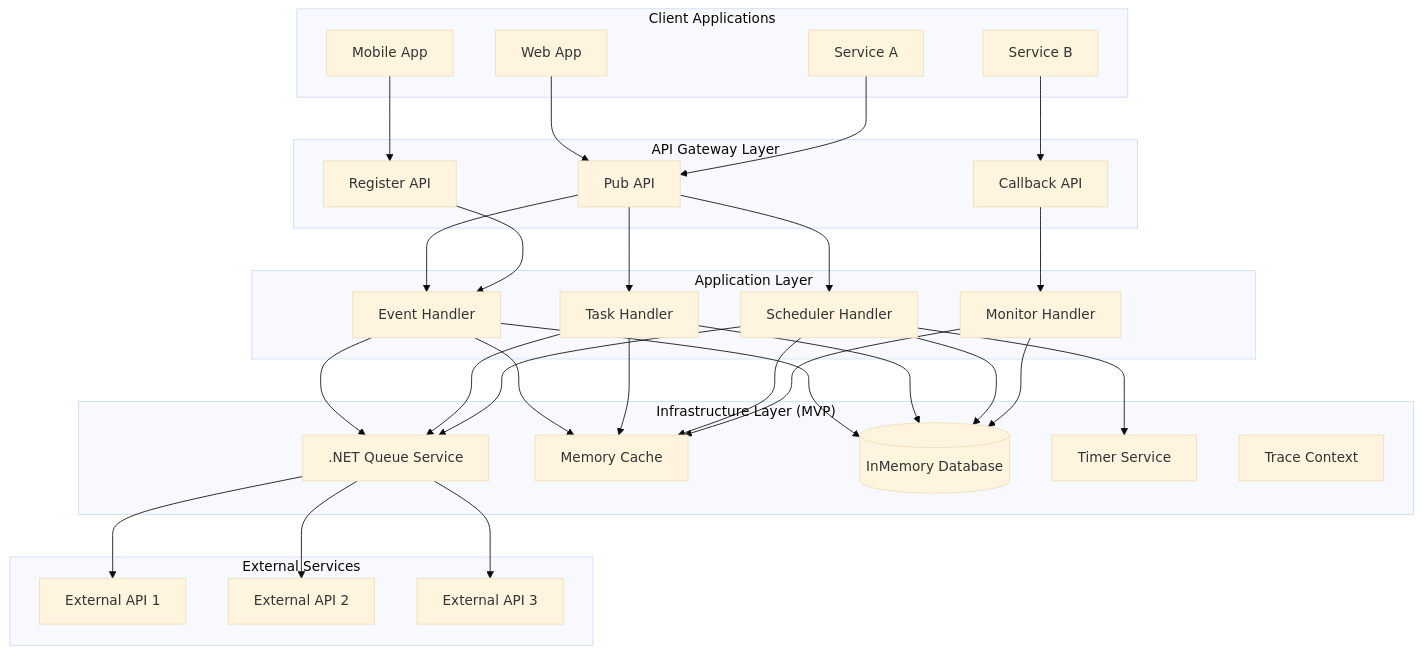
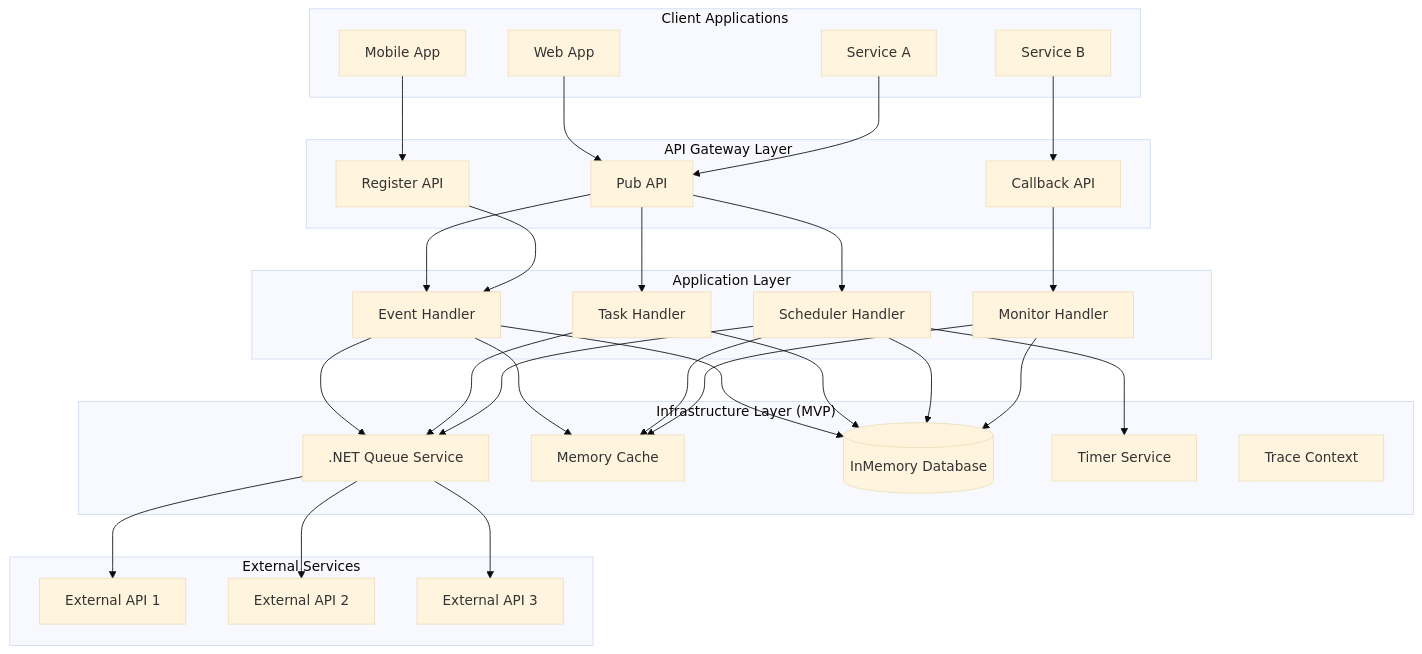
One commit to yaochangyu/eventbus-platform changed the first of 9 diagrams in .specs/design.md. Above: the diagram before and after it, drawn with Mermaid (base theme). The commit also changed other lines of this file and 4 other files, not shown here.

````diff
--- a/.specs/design.md
+++ b/.specs/design.md
@@ -9,67 +9,66 @@
 ```mermaid
 graph TB
     subgraph "Client Applications"
         APP1[Web App]
         APP2[Mobile App]
         APP3[Service A]
         APP4[Service B]
     end
 
     subgraph "API Gateway Layer"
         PUB[Pub API]
         REG[Register API]
         CB[Callback API]
     end
 
     subgraph "Application Layer"
         EH[Event Handler]
         TH[Task Handler]
         SH[Scheduler Handler]
         MON[Monitor Handler]
     end
 
     subgraph "Infrastructure Layer (MVP)"
         QUEUE[.NET Queue Service]
         CACHE[Memory Cache]
         DB[(InMemory Database)]
         TIMER[Timer Service]
         TRACE[Trace Context]
     end
 
     subgraph "External Services"
         EXT1[External API 1]
         EXT2[External API 2]
         EXT3[External API 3]
     end
 
     APP1 --> PUB
     APP2 --> REG
     APP3 --> PUB
     APP4 --> CB
 
     PUB --> EH
     PUB --> TH
     PUB --> SH
     REG --> EH
     CB --> MON
 
     EH --> QUEUE
     TH --> QUEUE
     SH --> QUEUE
 
     EH --> CACHE
-    TH --> CACHE
     SH --> CACHE
     MON --> CACHE
 
     EH --> DB
     TH --> DB
     SH --> DB
     MON --> DB
 
     QUEUE --> EXT1
     QUEUE --> EXT2
     QUEUE --> EXT3
 
     SH --> TIMER
 ```
````
